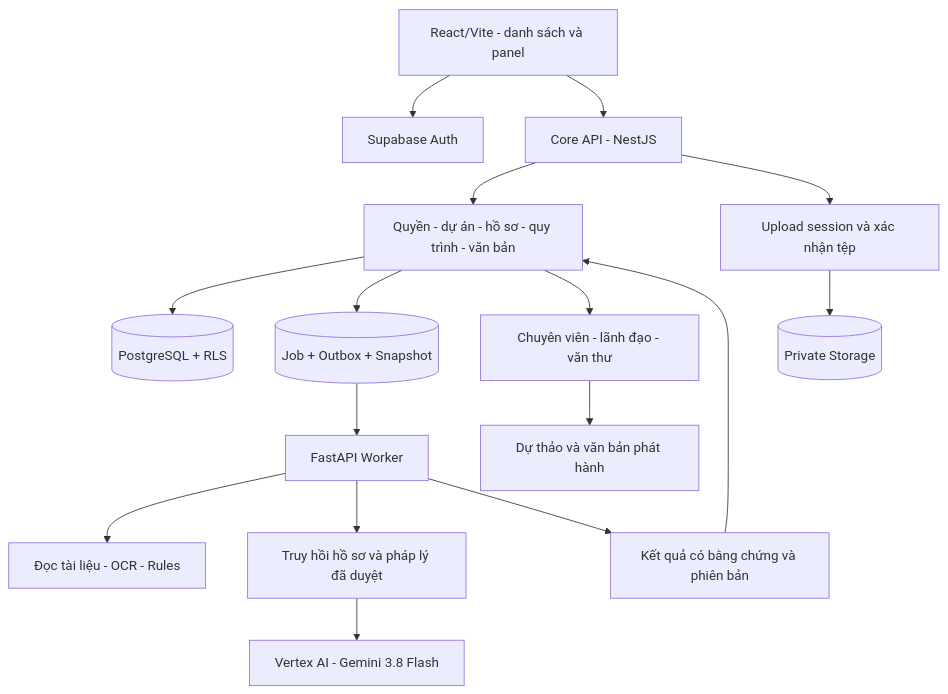
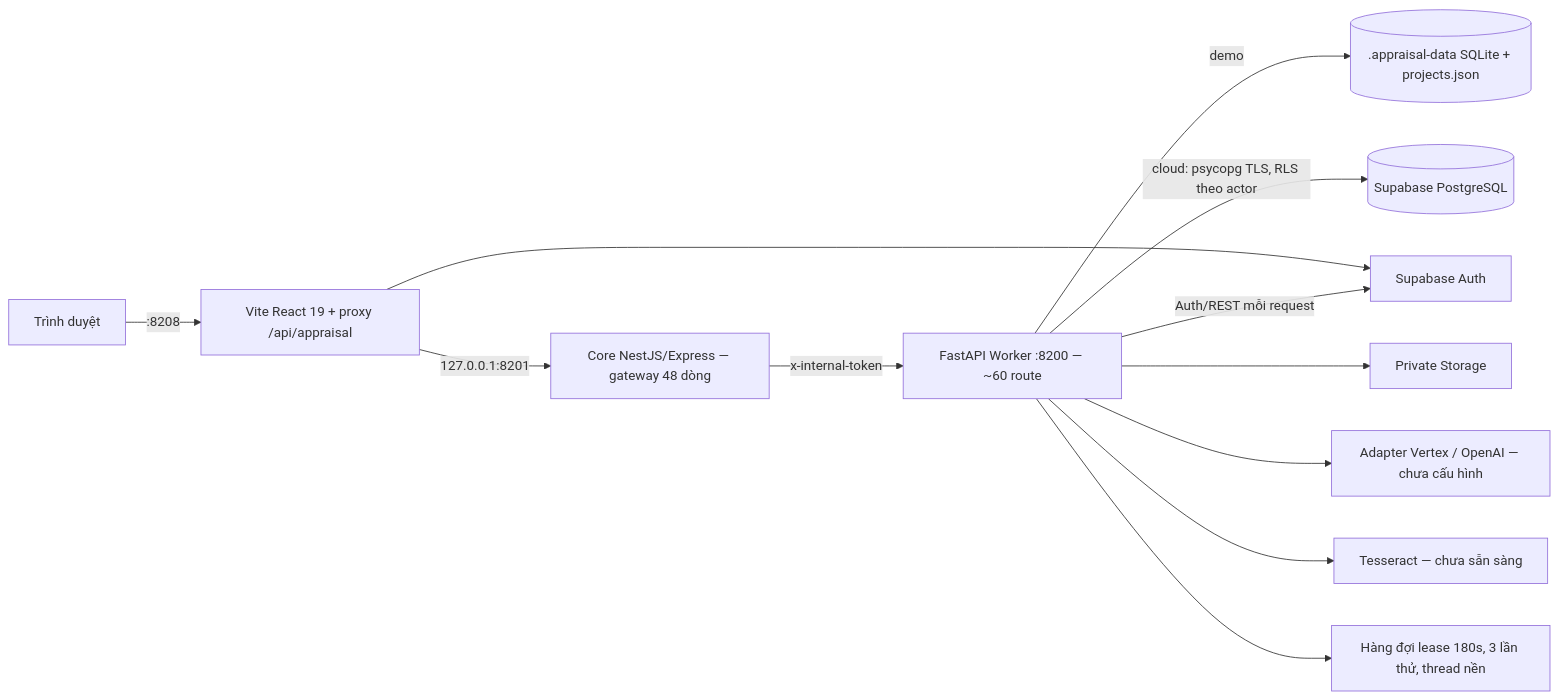
One commit to appdev-cmd/cic-qlhd-SXD changed the diagram in implementation_plan.md. Above: the diagram before and after it, drawn with Mermaid. The commit also changed other lines of this file and 24 other files, not shown here.

````diff
--- a/implementation_plan.md
+++ b/implementation_plan.md
@@ -114,18 +29,14 @@
 ```mermaid
-flowchart TD
-  UI[React/Vite - danh sách và panel] --> AUTH[Supabase Auth]
-  UI --> API[Core API - NestJS]
-  API --> DOMAIN[Quyền - dự án - hồ sơ - quy trình - văn bản]
-  DOMAIN --> DB[(PostgreSQL + RLS)]
-  API --> UPLOAD[Upload session và xác nhận tệp]
-  UPLOAD --> STORAGE[(Private Storage)]
-  DOMAIN --> JOBS[(Job + Outbox + Snapshot)]
-  JOBS --> WORKER[FastAPI Worker]
-  WORKER --> EXTRACT[Đọc tài liệu - OCR - Rules]
-  WORKER --> RETRIEVAL[Truy hồi hồ sơ và pháp lý đã duyệt]
-  RETRIEVAL --> AI[Vertex AI - Gemini 3.8 Flash]
-  WORKER --> RESULT[Kết quả có bằng chứng và phiên bản]
-  RESULT --> DOMAIN
-  DOMAIN --> REVIEW[Chuyên viên - lãnh đạo - văn thư]
-  REVIEW --> OUTPUT[Dự thảo và văn bản phát hành]
+flowchart LR
+    B[Trình duyệt] -->|:8208| Web[Vite React 19 + proxy /api/appraisal]
+    Web -->|127.0.0.1:8201| Core[Core NestJS/Express — gateway 48 dòng]
+    Core -->|x-internal-token| Worker[FastAPI Worker :8200 — ~60 route]
+    Web --> Auth[Supabase Auth]
+    Worker -->|demo| SQLite[(.appraisal-data SQLite + projects.json)]
+    Worker -->|cloud: psycopg TLS, RLS theo actor| PG[(Supabase PostgreSQL)]
+    Worker -->|Auth/REST mỗi request| Auth
+    Worker --> Storage[Private Storage]
+    Worker --> AI[Adapter Vertex / OpenAI — chưa cấu hình]
+    Worker --> OCR[Tesseract — chưa sẵn sàng]
+    Worker --> Jobs[Hàng đợi lease 180s, 3 lần thử, thread nền]
 ```
````
